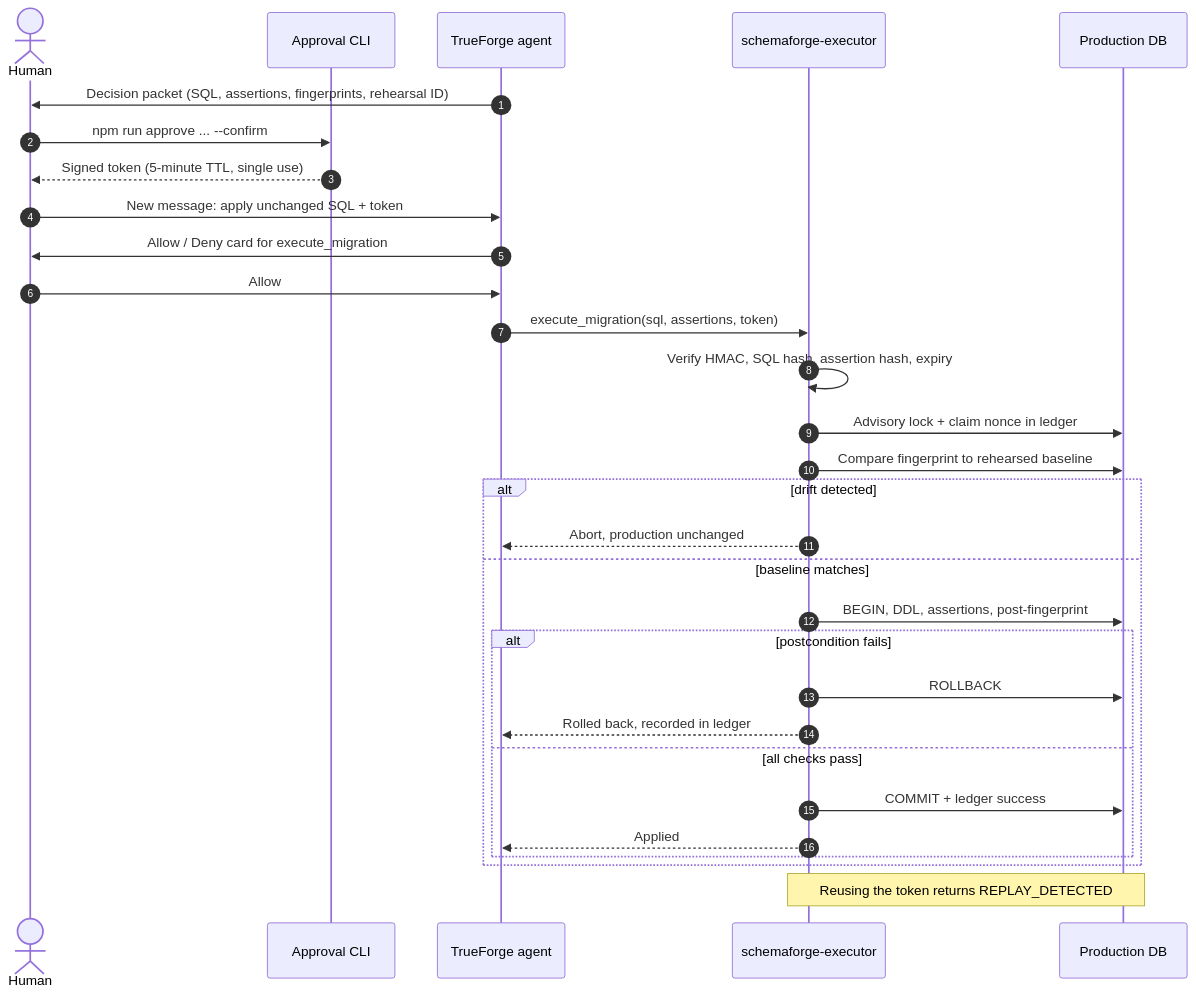
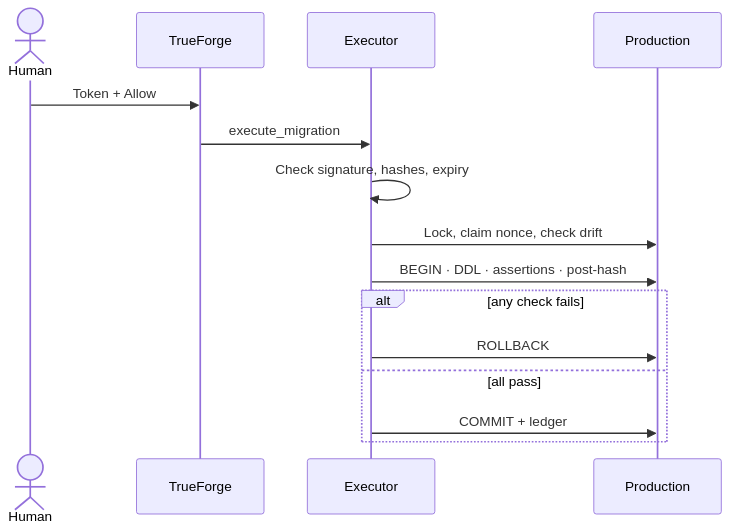
The sixth of 6 diagrams in README.md (harshaxyZ/schemaforge), drawn with Mermaid before and after one commit. The commit also changed other lines of this file and 3 other files, not shown here.

````diff
--- a/README.md
+++ b/README.md
@@ -194,33 +335,17 @@
 ```mermaid
 sequenceDiagram
-    autonumber
     actor H as Human
-    participant A as Approval CLI
-    participant T as TrueForge agent
-    participant X as schemaforge-executor
-    participant P as Production DB
-
-    T->>H: Decision packet (SQL, assertions, fingerprints, rehearsal ID)
-    H->>A: npm run approve ... --confirm
-    A-->>H: Signed token (5-minute TTL, single use)
-    H->>T: New message: apply unchanged SQL + token
-    T->>H: Allow / Deny card for execute_migration
-    H->>T: Allow
-    T->>X: execute_migration(sql, assertions, token)
-    X->>X: Verify HMAC, SQL hash, assertion hash, expiry
-    X->>P: Advisory lock + claim nonce in ledger
-    X->>P: Compare fingerprint to rehearsed baseline
-    alt drift detected
-        X-->>T: Abort, production unchanged
-    else baseline matches
-        X->>P: BEGIN, DDL, assertions, post-fingerprint
-        alt postcondition fails
-            X->>P: ROLLBACK
-            X-->>T: Rolled back, recorded in ledger
-        else all checks pass
-            X->>P: COMMIT + ledger success
-            X-->>T: Applied
-        end
+    participant T as TrueForge
+    participant X as Executor
+    participant P as Production
+    H->>T: Token + Allow
+    T->>X: execute_migration
+    X->>X: Check signature, hashes, expiry
+    X->>P: Lock, claim nonce, check drift
+    X->>P: BEGIN · DDL · assertions · post-hash
+    alt any check fails
+        X->>P: ROLLBACK
+    else all pass
+        X->>P: COMMIT + ledger
     end
-    Note over X,P: Reusing the token returns REPLAY_DETECTED
 ```
````
